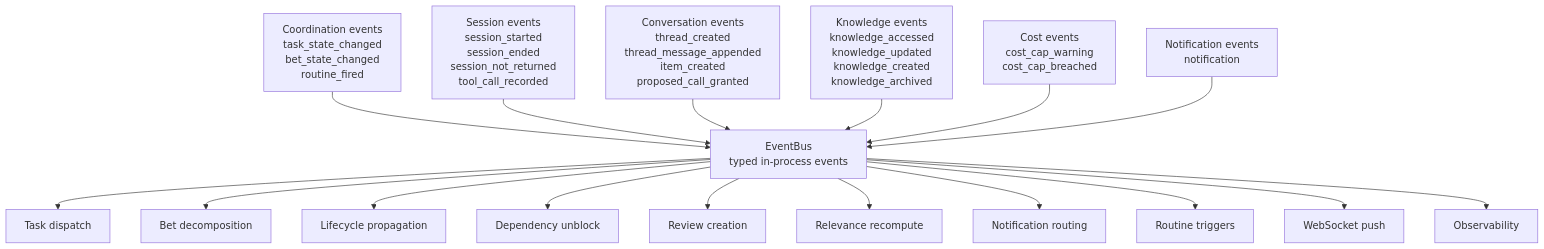
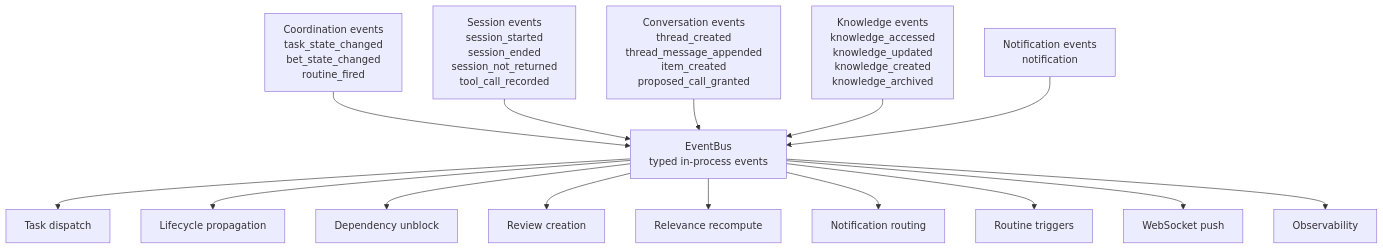
Before and after one commit to idle-builders/hyperidle: diagram 11 of 12 in docs/architecture/as-implemented-domain-architecture.md, drawn with Mermaid. The commit also changed other lines of this file and 3058 other files, not shown here.

````diff
--- a/docs/architecture/as-implemented-domain-architecture.md
+++ b/docs/architecture/as-implemented-domain-architecture.md
@@ -343,22 +339,20 @@
 ```mermaid
 flowchart TB
   EventBus["EventBus\ntyped in-process events"]
 
   CoordinationEvents["Coordination events\ntask_state_changed\nbet_state_changed\nroutine_fired"] --> EventBus
   SessionEvents["Session events\nsession_started\nsession_ended\nsession_not_returned\ntool_call_recorded"] --> EventBus
   ConversationEvents["Conversation events\nthread_created\nthread_message_appended\nitem_created\nproposed_call_granted"] --> EventBus
   KnowledgeEvents["Knowledge events\nknowledge_accessed\nknowledge_updated\nknowledge_created\nknowledge_archived"] --> EventBus
-  CostEvents["Cost events\ncost_cap_warning\ncost_cap_breached"] --> EventBus
   NotificationEvents["Notification events\nnotification"] --> EventBus
 
   EventBus --> TaskDispatch["Task dispatch"]
-  EventBus --> Decomposition["Bet decomposition"]
   EventBus --> Lifecycle["Lifecycle propagation"]
   EventBus --> Dependency["Dependency unblock"]
   EventBus --> ReviewCreation["Review creation"]
   EventBus --> Relevance["Relevance recompute"]
   EventBus --> Notifications["Notification routing"]
   EventBus --> Routines["Routine triggers"]
   EventBus --> Push["WebSocket push"]
   EventBus --> Observability["Observability"]
 ```
````
